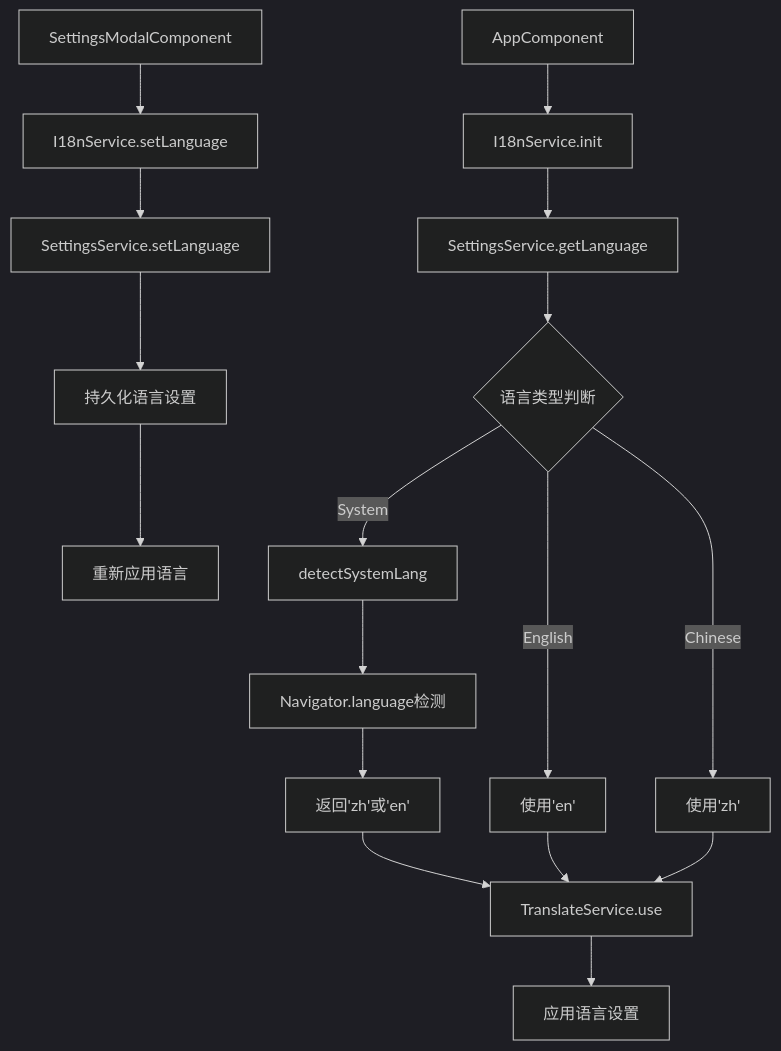
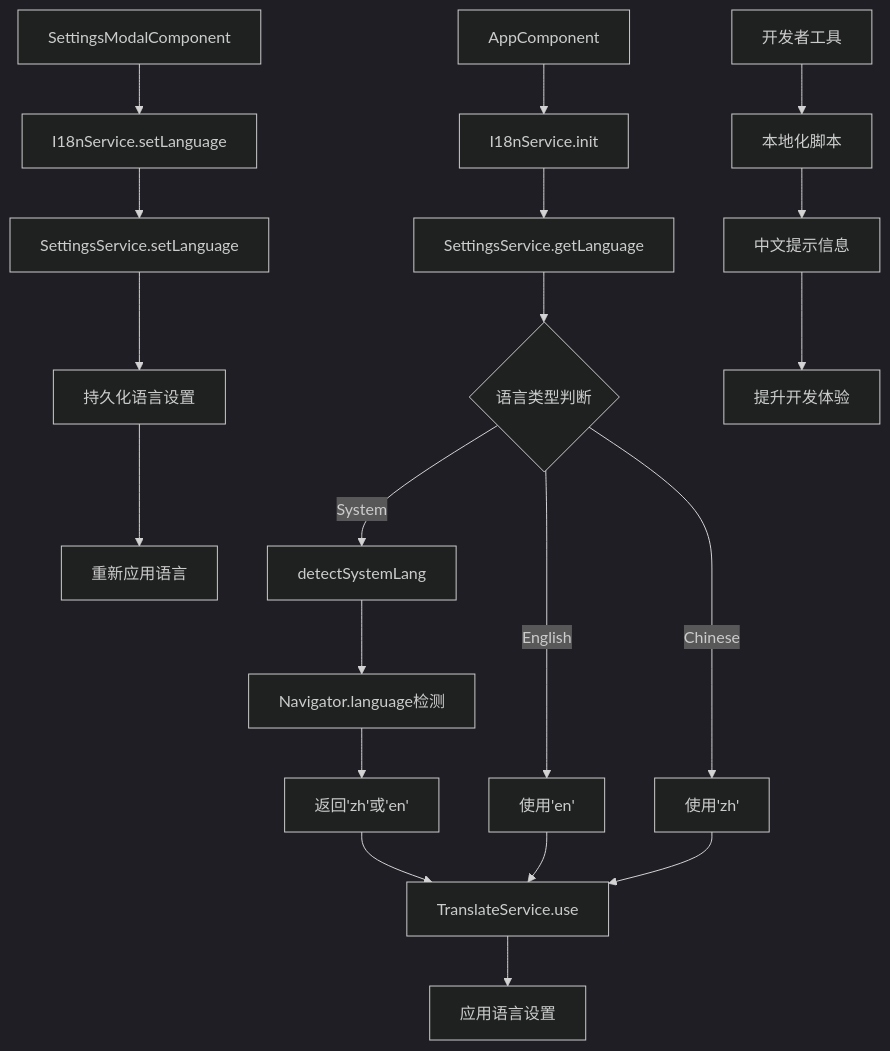
One commit to tea4go/Macro-Deck-Client-App changed the second of 9 diagrams in .qoder/repowiki/zh/content/核心功能模块/国际化系统.md. Above: the diagram before and after it, drawn with Mermaid (dark theme). The commit also changed other lines of this file and 7 other files, not shown here.

````diff
--- a/.qoder/repowiki/zh/content/核心功能模块/国际化系统.md
+++ b/.qoder/repowiki/zh/content/核心功能模块/国际化系统.md
@@ -87,19 +112,22 @@
 ```mermaid
 graph TD
 A[AppComponent] --> B[I18nService.init]
 B --> C[SettingsService.getLanguage]
 C --> D{语言类型判断}
 D --> |System| E[detectSystemLang]
 D --> |English| F[使用'en']
 D --> |Chinese| G[使用'zh']
 E --> H[Navigator.language检测]
 H --> I[返回'zh'或'en']
 F --> J[TranslateService.use]
 G --> J
 I --> J
 J --> K[应用语言设置]
 L[SettingsModalComponent] --> M[I18nService.setLanguage]
 M --> N[SettingsService.setLanguage]
 N --> O[持久化语言设置]
 O --> P[重新应用语言]
+Q[开发者工具] --> R[本地化脚本]
+R --> S[中文提示信息]
+S --> T[提升开发体验]
 ```
````
